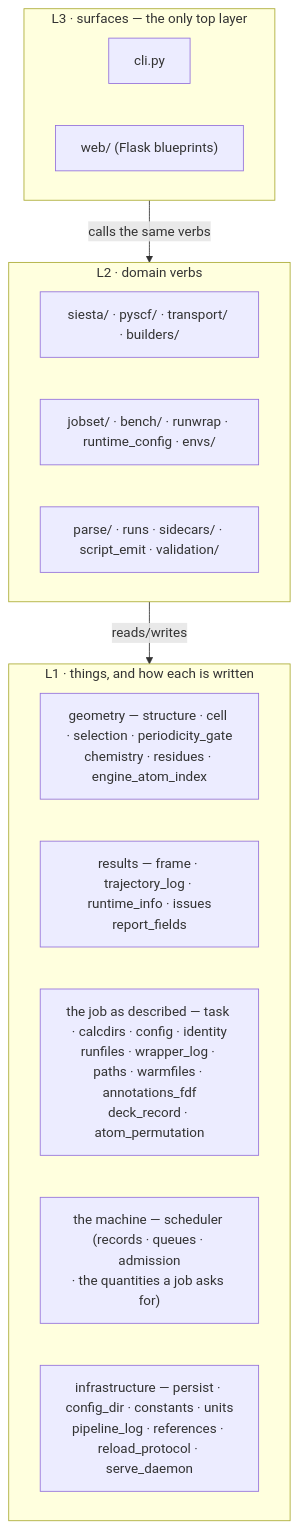
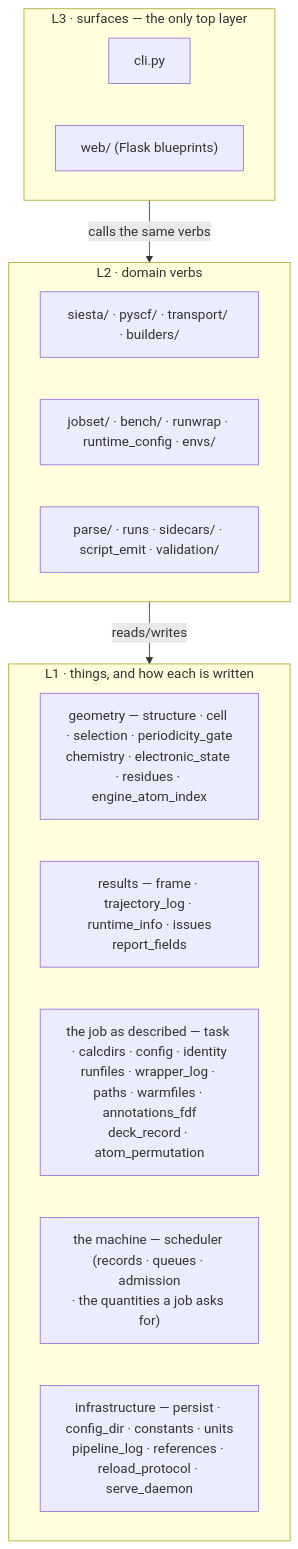
Before and after one commit to Qing-LAB/molbuilder: the diagram in docs/architecture.md, drawn with Mermaid. The commit also changed other lines of this file and 113 other files, not shown here.

````diff
--- a/docs/architecture.md
+++ b/docs/architecture.md
@@ -101,21 +101,21 @@
 ```mermaid
 flowchart TB
   subgraph L3["L3 · surfaces — the only top layer"]
     CLI["cli.py"]
     WEB["web/ (Flask blueprints)"]
   end
   subgraph L2["L2 · domain verbs"]
     ENG["siesta/ · pyscf/ · transport/ · builders/"]
     EXE["jobset/ · bench/ · runwrap · runtime_config · envs/"]
     RW["parse/ · runs · sidecars/ · script_emit · validation/"]
   end
   subgraph L1["L1 · things, and how each is written"]
-    GEO["geometry — structure · cell · selection · periodicity_gate<br/>chemistry · residues · engine_atom_index"]
+    GEO["geometry — structure · cell · selection · periodicity_gate<br/>chemistry · electronic_state · residues · engine_atom_index"]
     RES["results — frame · trajectory_log · runtime_info · issues<br/>report_fields"]
     JOB["the job as described — task · calcdirs · config · identity<br/>runfiles · wrapper_log · paths · warmfiles · annotations_fdf<br/>deck_record · atom_permutation"]
     MACH["the machine — scheduler (records · queues · admission<br/>· the quantities a job asks for)"]
     INF["infrastructure — persist · config_dir · constants · units<br/>pipeline_log · references · reload_protocol · serve_daemon"]
   end
   L3 -->|calls the same verbs| L2
   L2 -->|reads/writes| L1
 ```
````
